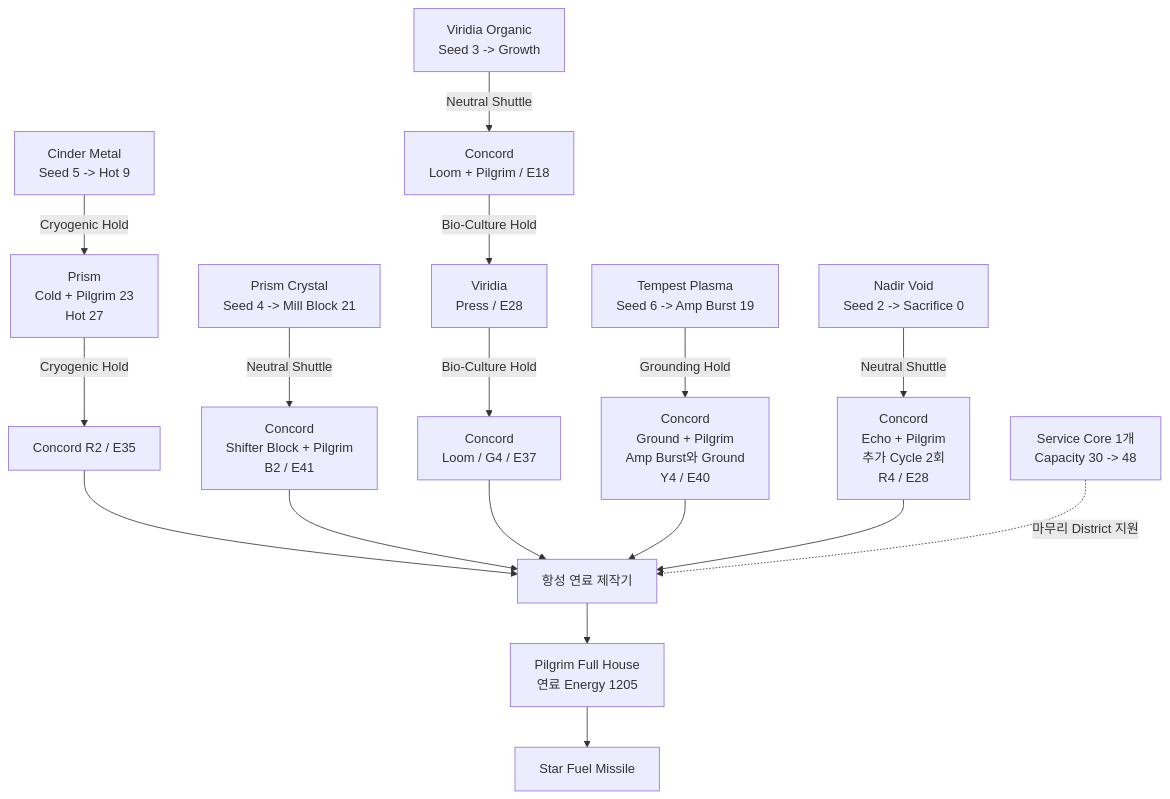
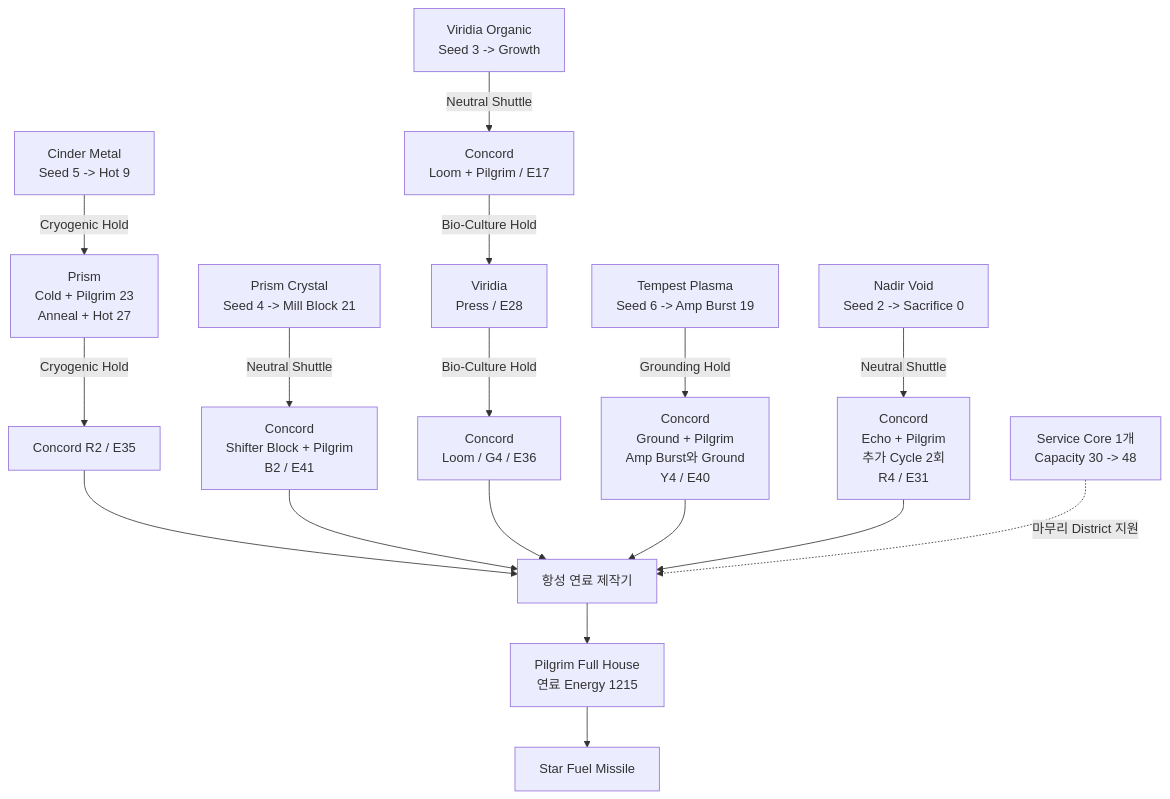
The third of 3 diagrams in Docs/AutomationLineReferenceRun.md (TeamCOZI/StarRovers), drawn with Mermaid before and after one commit. The commit also changed other lines of this file and 362 other files, not shown here.

````diff
--- a/Docs/AutomationLineReferenceRun.md
+++ b/Docs/AutomationLineReferenceRun.md
@@ -625,24 +693,24 @@
 ```mermaid
 flowchart TB
-    M0["Cinder Metal<br/>Seed 5 -> Hot 9"] -->|"Cryogenic Hold"| M1["Prism<br/>Cold + Pilgrim 23<br/>Hot 27"]
+    M0["Cinder Metal<br/>Seed 5 -> Hot 9"] -->|"Cryogenic Hold"| M1["Prism<br/>Cold + Pilgrim 23<br/>Anneal + Hot 27"]
     M1 -->|"Cryogenic Hold"| MC["Concord R2 / E35"]
 
     C0["Prism Crystal<br/>Seed 4 -> Mill Block 21"] -->|"Neutral Shuttle"| CC["Concord<br/>Shifter Block + Pilgrim<br/>B2 / E41"]
 
-    O0["Viridia Organic<br/>Seed 3 -> Growth"] -->|"Neutral Shuttle"| O1["Concord<br/>Loom + Pilgrim / E18"]
+    O0["Viridia Organic<br/>Seed 3 -> Growth"] -->|"Neutral Shuttle"| O1["Concord<br/>Loom + Pilgrim / E17"]
     O1 -->|"Bio-Culture Hold"| O2["Viridia<br/>Press / E28"]
-    O2 -->|"Bio-Culture Hold"| OC["Concord<br/>Loom / G4 / E37"]
+    O2 -->|"Bio-Culture Hold"| OC["Concord<br/>Loom / G4 / E36"]
 
     P0["Tempest Plasma<br/>Seed 6 -> Amp Burst 19"] -->|"Grounding Hold"| PC["Concord<br/>Ground + Pilgrim<br/>Amp Burst와 Ground<br/>Y4 / E40"]
 
-    V0["Nadir Void<br/>Seed 2 -> Sacrifice 0"] -->|"Neutral Shuttle"| VC["Concord<br/>Echo + Pilgrim<br/>추가 Cycle 2회<br/>R4 / E28"]
+    V0["Nadir Void<br/>Seed 2 -> Sacrifice 0"] -->|"Neutral Shuttle"| VC["Concord<br/>Echo + Pilgrim<br/>추가 Cycle 2회<br/>R4 / E31"]
 
     MC --> F["항성 연료 제작기"]
     CC --> F
     OC --> F
     PC --> F
     VC --> F
     SC["Service Core 1개<br/>Capacity 30 -> 48"] -.->|"마무리 District 지원"| F
-    F --> OUT["Pilgrim Full House<br/>연료 Energy 1205"]
+    F --> OUT["Pilgrim Full House<br/>연료 Energy 1215"]
     OUT --> L["Star Fuel Missile"]
 ```
````
